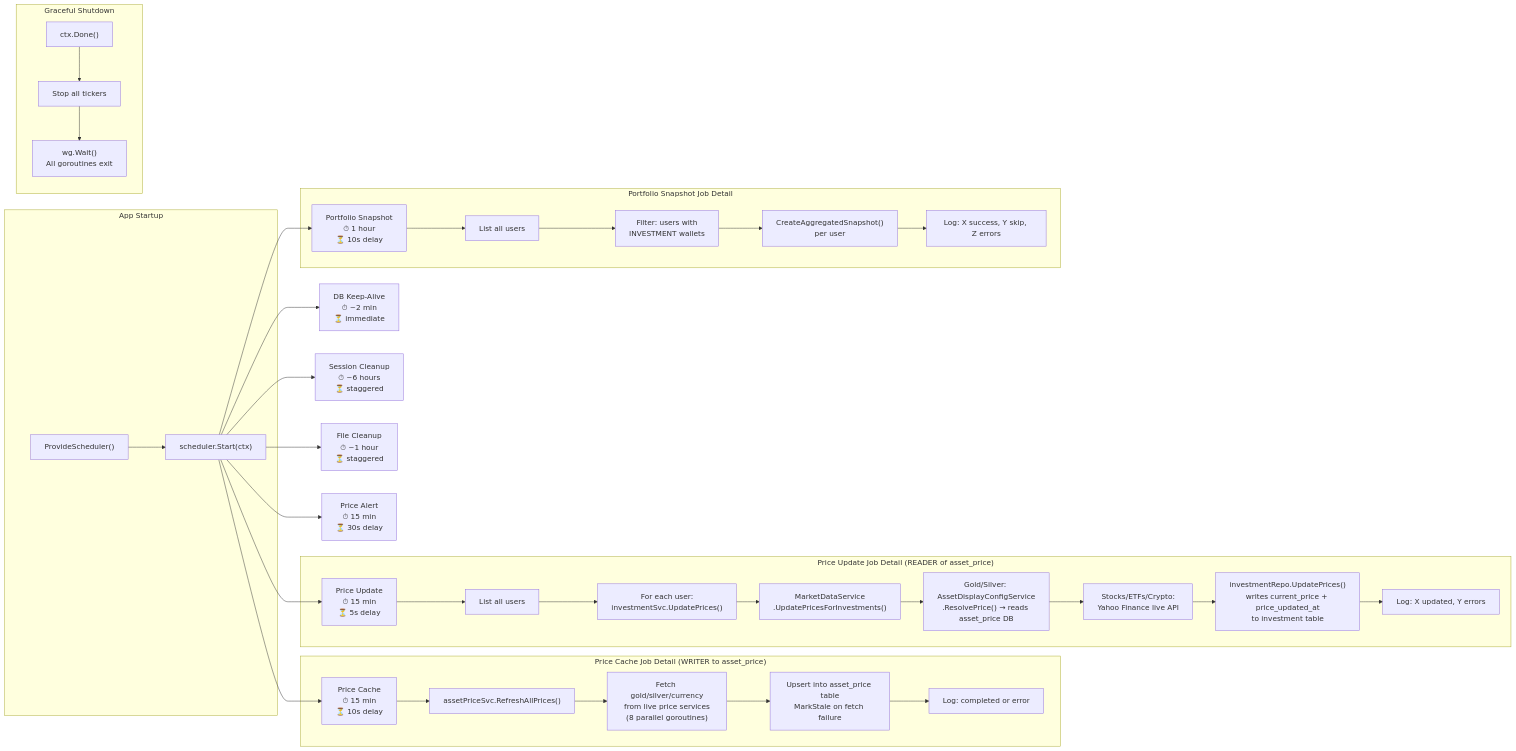
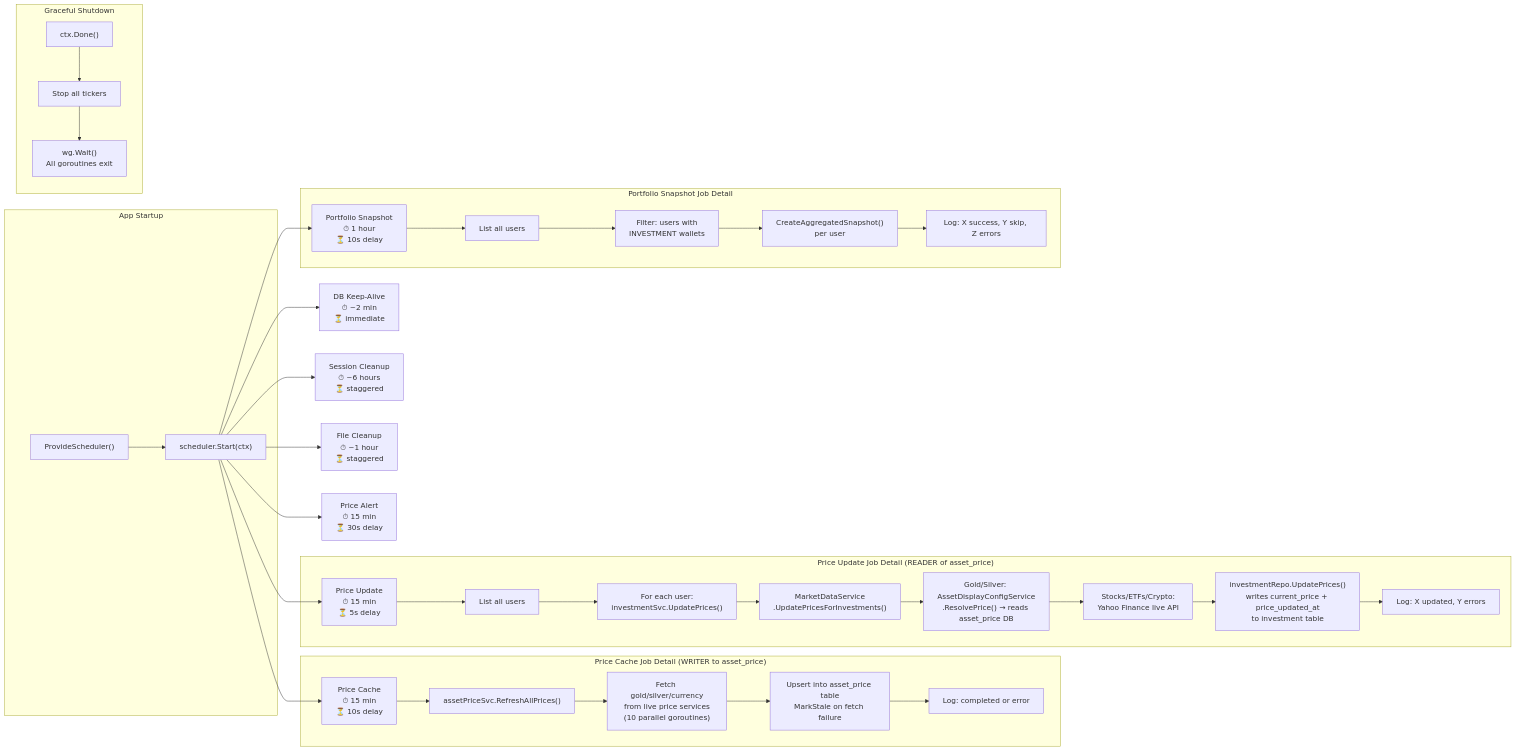
Before and after one commit to khanhnq1406/wealth-journey: the third of 19 diagrams in docs/architecture/flow-cross-cutting.md, drawn with Mermaid. The commit also changed other lines of this file and 10 other files, not shown here.

First line of the commit message:
feat(currency): replace waterfall with 3 parallel per-source currency refresh

````diff
--- a/docs/architecture/flow-cross-cutting.md
+++ b/docs/architecture/flow-cross-cutting.md
@@ -154,44 +154,44 @@
 ```mermaid
 flowchart LR
     subgraph Startup["App Startup"]
         S["ProvideScheduler()"]
         S --> Start["scheduler.Start(ctx)"]
     end
 
     Start --> KA["DB Keep-Alive\n⏱ ~2 min\n⏳ immediate"]
     Start --> PU["Price Update\n⏱ 15 min\n⏳ 5s delay"]
     Start --> PC["Price Cache\n⏱ 15 min\n⏳ 10s delay"]
     Start --> PS["Portfolio Snapshot\n⏱ 1 hour\n⏳ 10s delay"]
     Start --> SC["Session Cleanup\n⏱ ~6 hours\n⏳ staggered"]
     Start --> FC["File Cleanup\n⏱ ~1 hour\n⏳ staggered"]
     Start --> PA["Price Alert\n⏱ 15 min\n⏳ 30s delay"]
 
     subgraph PriceCache["Price Cache Job Detail (WRITER to asset_price)"]
         PC --> PC1["assetPriceSvc.RefreshAllPrices()"]
-        PC1 --> PC2["Fetch gold/silver/currency\nfrom live price services\n(8 parallel goroutines)"]
+        PC1 --> PC2["Fetch gold/silver/currency\nfrom live price services\n(10 parallel goroutines)"]
         PC2 --> PC3["Upsert into asset_price table\nMarkStale on fetch failure"]
         PC3 --> PC4["Log: completed or error"]
     end
 
     subgraph PriceUpdate["Price Update Job Detail (READER of asset_price)"]
         PU --> PU1["List all users"]
         PU1 --> PU2["For each user:\ninvestmentSvc.UpdatePrices()"]
         PU2 --> PU2a["MarketDataService\n.UpdatePricesForInvestments()"]
         PU2a --> PU2b["Gold/Silver: AssetDisplayConfigService\n.ResolvePrice() → reads asset_price DB"]
         PU2b --> PU2c["Stocks/ETFs/Crypto:\nYahoo Finance live API"]
         PU2c --> PU3["investmentRepo.UpdatePrices()\nwrites current_price + price_updated_at\nto investment table"]
         PU3 --> PU4["Log: X updated, Y errors"]
     end
 
     subgraph PortfolioSnapshot["Portfolio Snapshot Job Detail"]
         PS --> PS1["List all users"]
         PS1 --> PS2["Filter: users with\nINVESTMENT wallets"]
         PS2 --> PS3["CreateAggregatedSnapshot()\nper user"]
         PS3 --> PS4["Log: X success, Y skip, Z errors"]
     end
 
     subgraph Shutdown["Graceful Shutdown"]
         CTX["ctx.Done()"] --> STOP["Stop all tickers"]
         STOP --> WAIT["wg.Wait()\nAll goroutines exit"]
     end
 ```
````
